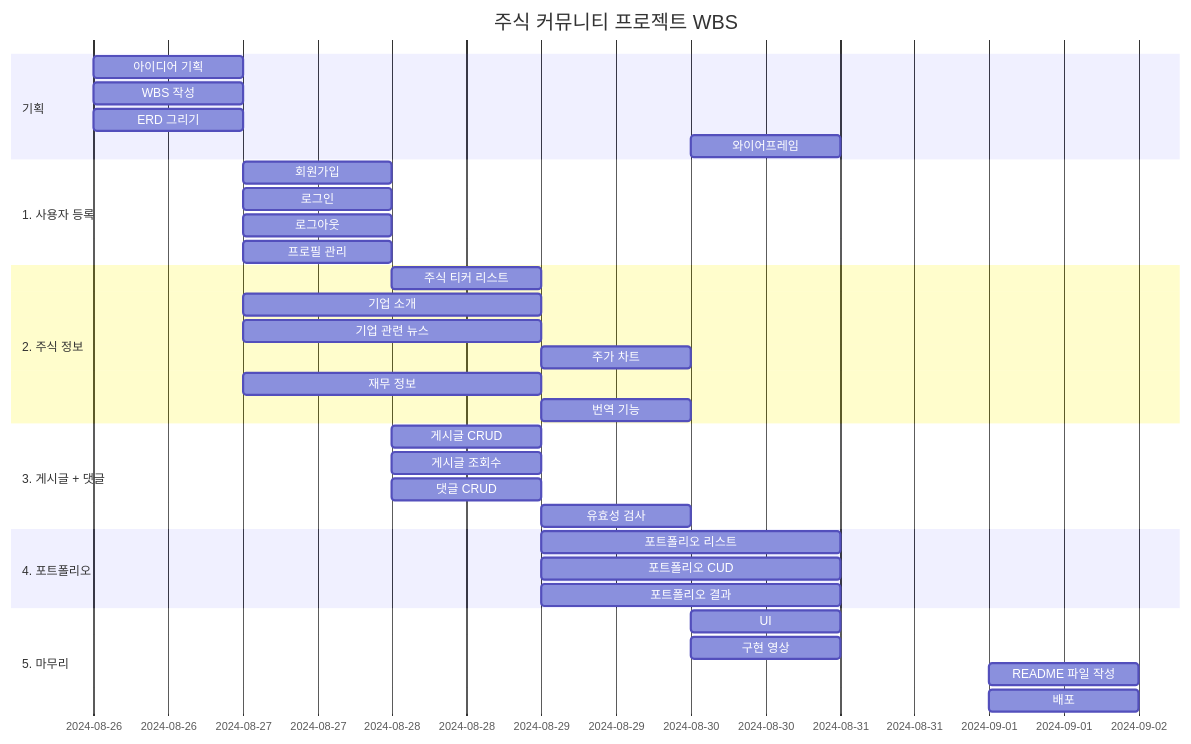
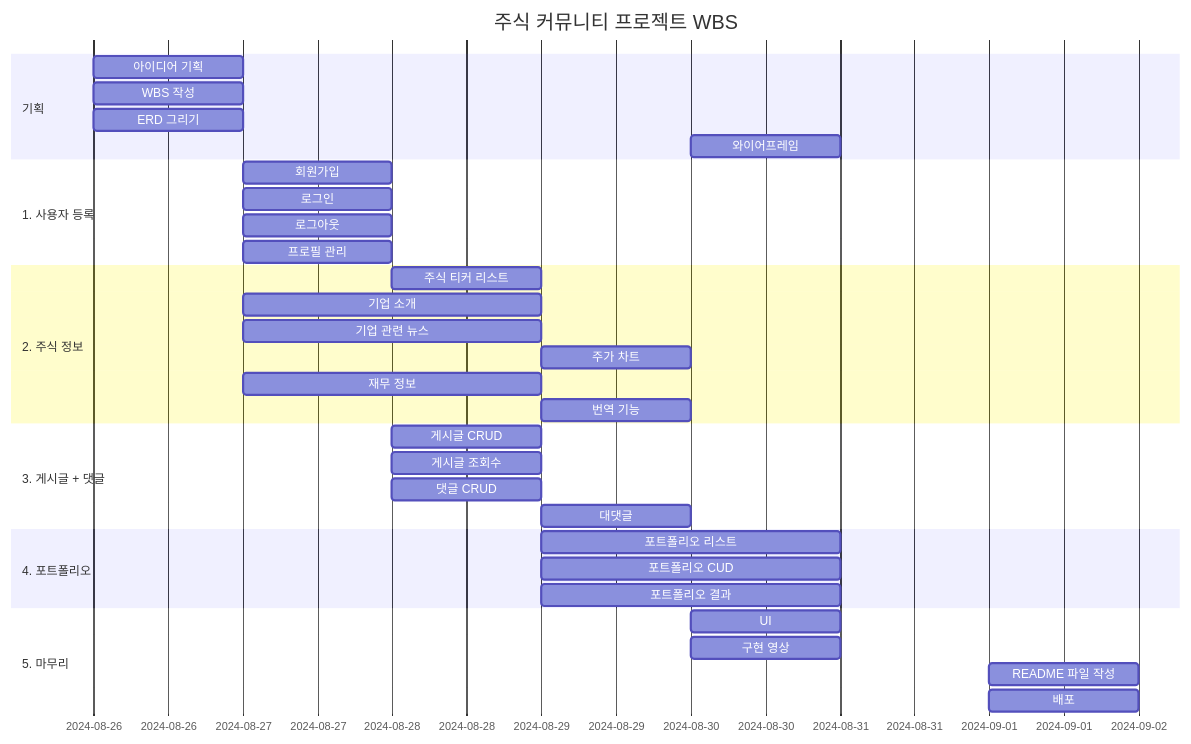
One commit to Donggyu-Kim1/stalk changed the first of 3 diagrams in README.md. Above: the diagram before and after it, drawn with Mermaid. The commit also changed other lines of this file, not shown here.

````diff
--- a/README.md
+++ b/README.md
@@ -230,42 +230,42 @@
 ```mermaid
 gantt
     title 주식 커뮤니티 프로젝트 WBS
     dateFormat  YYYY-MM-DD HH:mm
 
     section 기획
     아이디어 기획      :2024-08-26, 1d
     WBS 작성          :2024-08-26, 1d
     ERD 그리기         :2024-08-26, 1d
     와이어프레임        :2024-08-30, 1d
 
     section 1. 사용자 등록
     회원가입           :2024-08-27, 1d
     로그인             :2024-08-27, 1d
     로그아웃           :2024-08-27, 1d
     프로필 관리         :2024-08-27, 1d
 
     section 2. 주식 정보
     주식 티커 리스트     :2024-08-28, 1d
     기업 소개          :2024-08-27, 2d
     기업 관련 뉴스      :2024-08-27, 2d
     주가 차트          :2024-08-29, 1d
     재무 정보          :2024-08-27, 2d
     번역 기능          :2024-08-29, 1d
 
     section 3. 게시글 + 댓글
     게시글 CRUD        :2024-08-28, 1d
     게시글 조회수       :2024-08-28, 1d
     댓글 CRUD          :2024-08-28, 1d
-    유효성 검사        :2024-08-29, 1d
+    대댓글             :2024-08-29, 1d
     
     section 4. 포트폴리오
     포트폴리오 리스트        :2024-08-29, 2d
     포트폴리오 CUD       :2024-08-29, 2d
     포트폴리오 결과         :2024-08-29, 2d
 
     section 5. 마무리
     UI                :2024-08-30, 1d
     구현 영상          :2024-08-30, 1d
     README 파일 작성   :2024-09-01, 1d
     배포              :2024-09-01, 1d
 ```
````
